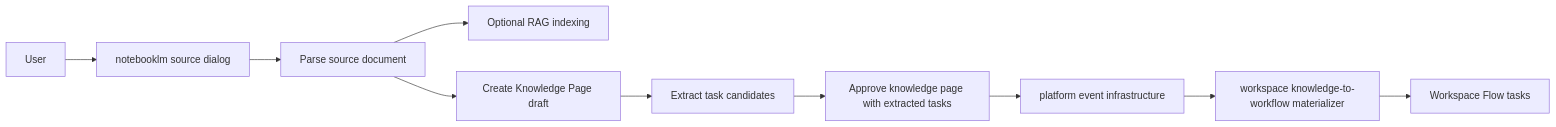
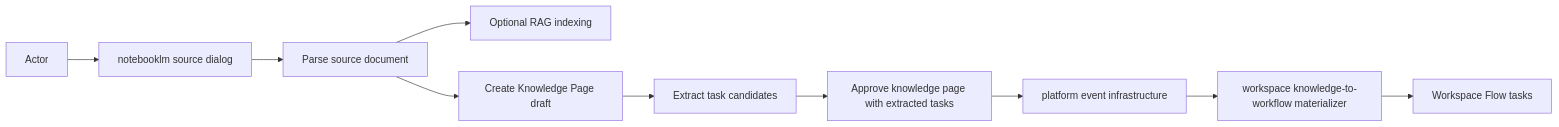
One commit to 122sp7/xuanwu-app changed the diagram in docs/examples/end-to-end/deliveries/upload-parse-to-task-flow.md. Above: the diagram before and after it, drawn with Mermaid. The commit also changed 6 other files, not shown here.

Commit message:
fix: update documentation for clarity and accuracy in task flow and event-driven design

````diff
--- a/docs/examples/end-to-end/deliveries/upload-parse-to-task-flow.md
+++ b/docs/examples/end-to-end/deliveries/upload-parse-to-task-flow.md
@@ -17,12 +17,12 @@
 ```mermaid
 flowchart LR
-    User[User] --> SourceUI[notebooklm source dialog]
+    Actor[Actor] --> SourceUI[notebooklm source dialog]
     SourceUI --> Parse[Parse source document]
     Parse --> RAG[Optional RAG indexing]
     Parse --> Draft[Create Knowledge Page draft]
     Draft --> Extract[Extract task candidates]
     Extract --> Approve[Approve knowledge page with extracted tasks]
     Approve --> EventBus[platform event infrastructure]
     EventBus --> Materializer[workspace knowledge-to-workflow materializer]
     Materializer --> Tasks[Workspace Flow tasks]
 ```
````
